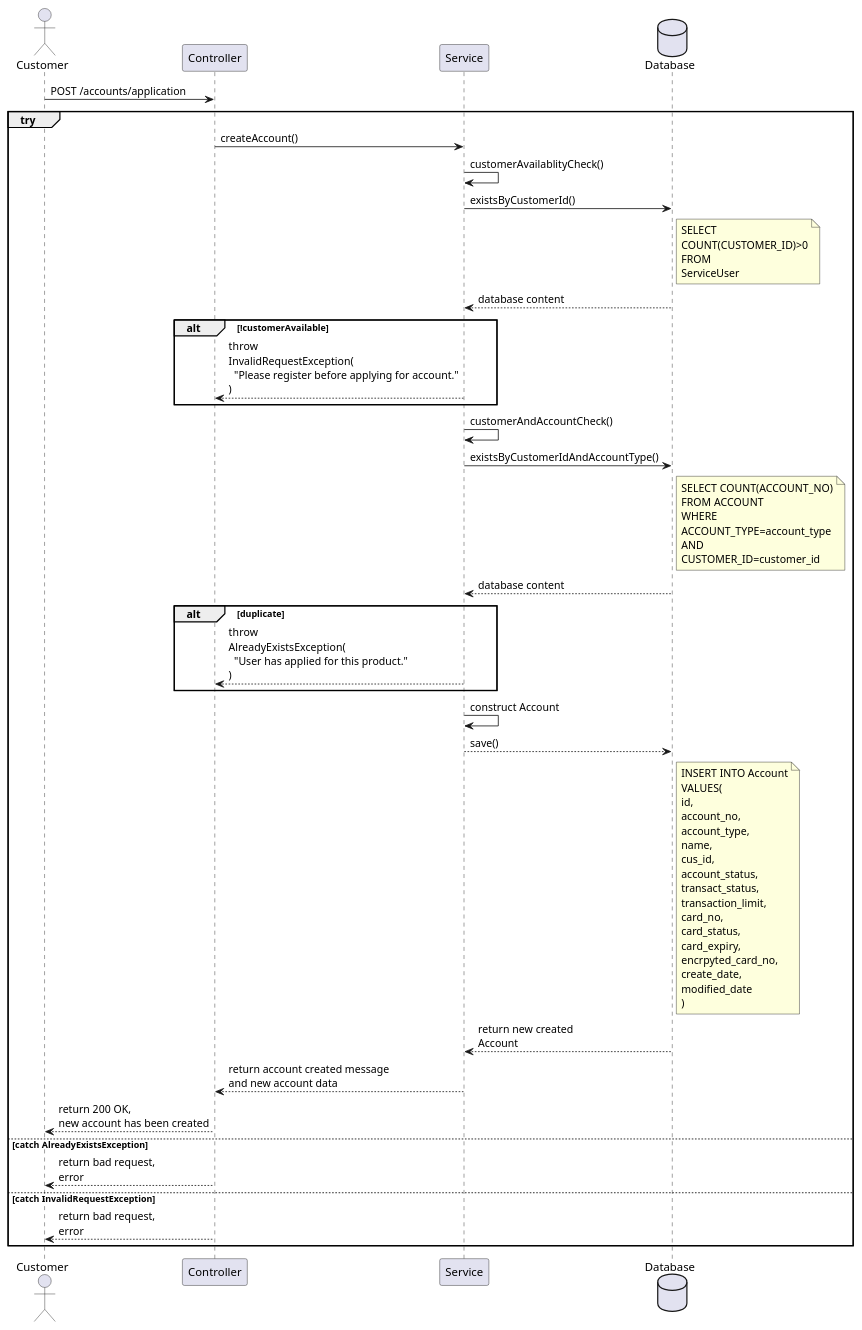
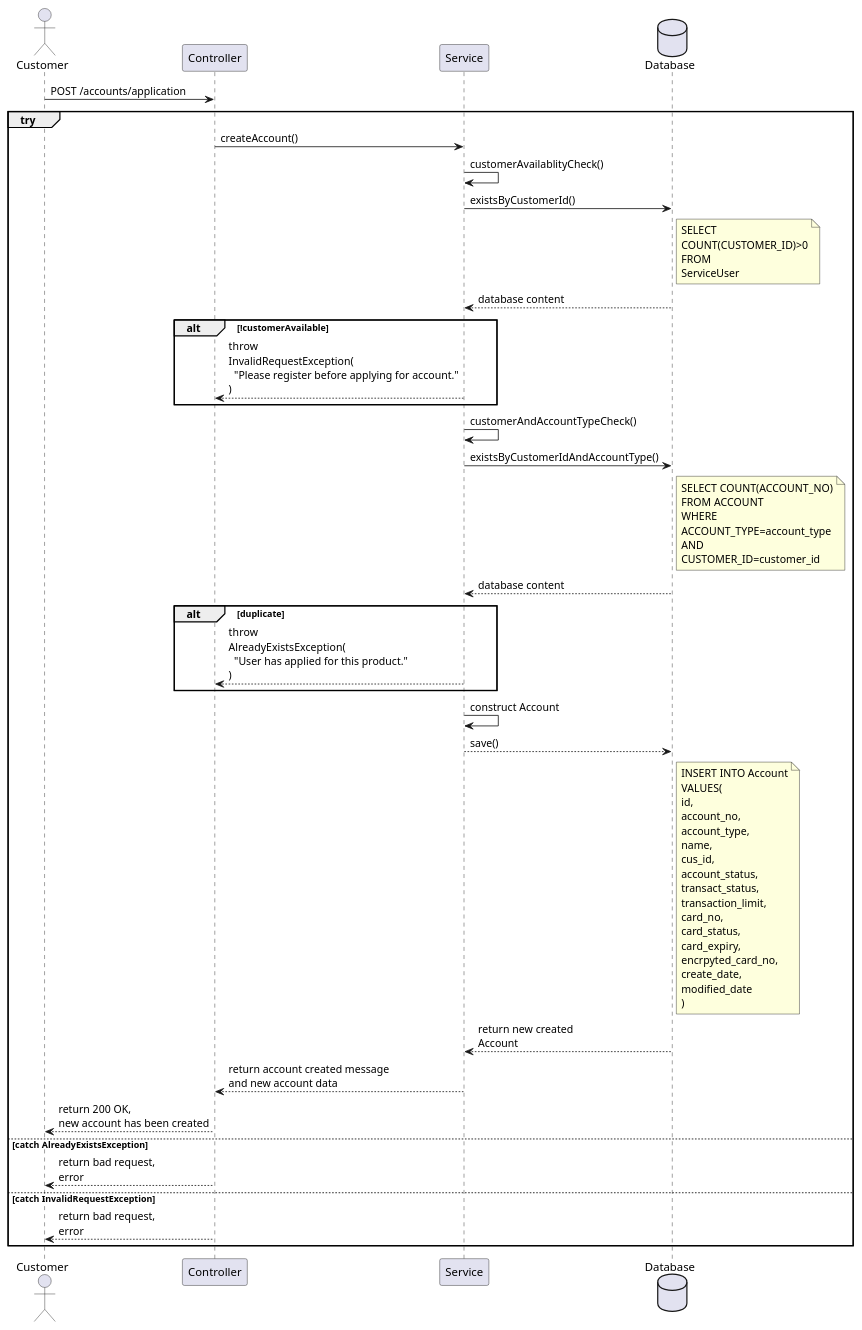
The diagram in plantuml/authbanking-accountapplication.puml (l-reginamh/hands-on-practices), drawn with PlantUML before and after one commit. The commit also changed 12 other files, not shown here.

```diff
--- a/plantuml/authbanking-accountapplication.puml
+++ b/plantuml/authbanking-accountapplication.puml
@@ -1,49 +1,49 @@
 @startuml Online Bank Account Application
 
 actor       Customer   as Cust
 participant Controller as C
 participant Service    as S
 database    Database   as DB
 
 Cust     ->   C       : POST /accounts/application
 
 group try
 
     C    ->   S       : createAccount()
 
     S    ->   S       : customerAvailablityCheck()
     S    ->   DB      : existsByCustomerId()
     note right of DB  : SELECT\nCOUNT(CUSTOMER_ID)>0\nFROM\nServiceUser
     DB   -->  S       : database content
 
     alt !customerAvailable
         S    -->  C   : throw \nInvalidRequestException(\n  "Please register before applying for account."\n)
     end
 
-    S    ->   S       : customerAndAccountCheck()
+    S    ->   S       : customerAndAccountTypeCheck()
     S    ->   DB      : existsByCustomerIdAndAccountType()
     note right of DB  : SELECT COUNT(ACCOUNT_NO)\nFROM ACCOUNT\nWHERE\nACCOUNT_TYPE=account_type\nAND\nCUSTOMER_ID=customer_id
     DB   -->  S       : database content
     
     alt duplicate
         S    -->  C   : throw \nAlreadyExistsException(\n  "User has applied for this product."\n)
     end
 
     S    ->   S       : construct Account
     S    -->  DB      : save()
     note right of DB  : INSERT INTO Account\nVALUES(\nid,\naccount_no,\naccount_type,\nname,\ncus_id,\naccount_status,\ntransact_status,\ntransaction_limit,\ncard_no,\ncard_status,\ncard_expiry,\nencrpyted_card_no,\ncreate_date,\nmodified_date\n)
     DB   -->  S       : return new created\nAccount
     S    -->  C       : return account created message\nand new account data
     C    -->  Cust    : return 200 OK,\nnew account has been created
 
 else catch AlreadyExistsException
 
     C    -->  Cust    : return bad request,\nerror
 
 else catch InvalidRequestException
 
     C    -->  Cust    : return bad request,\nerror
 
 end
 
 @enduml
```
